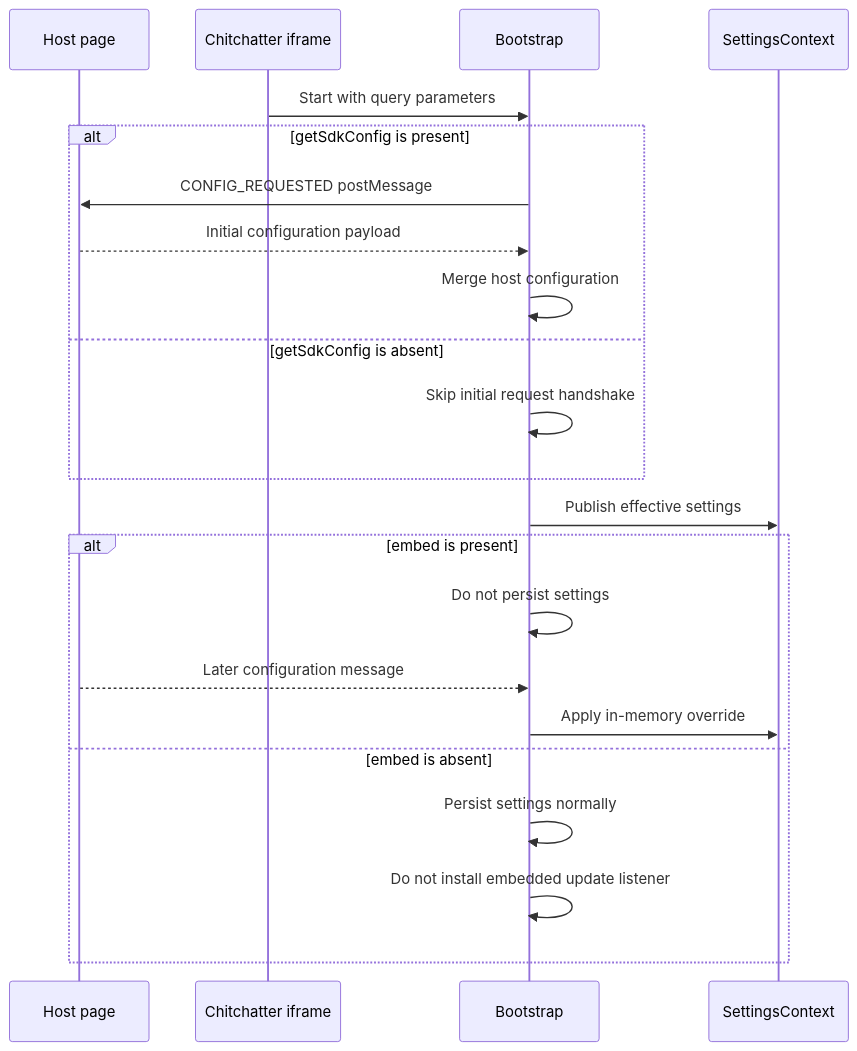
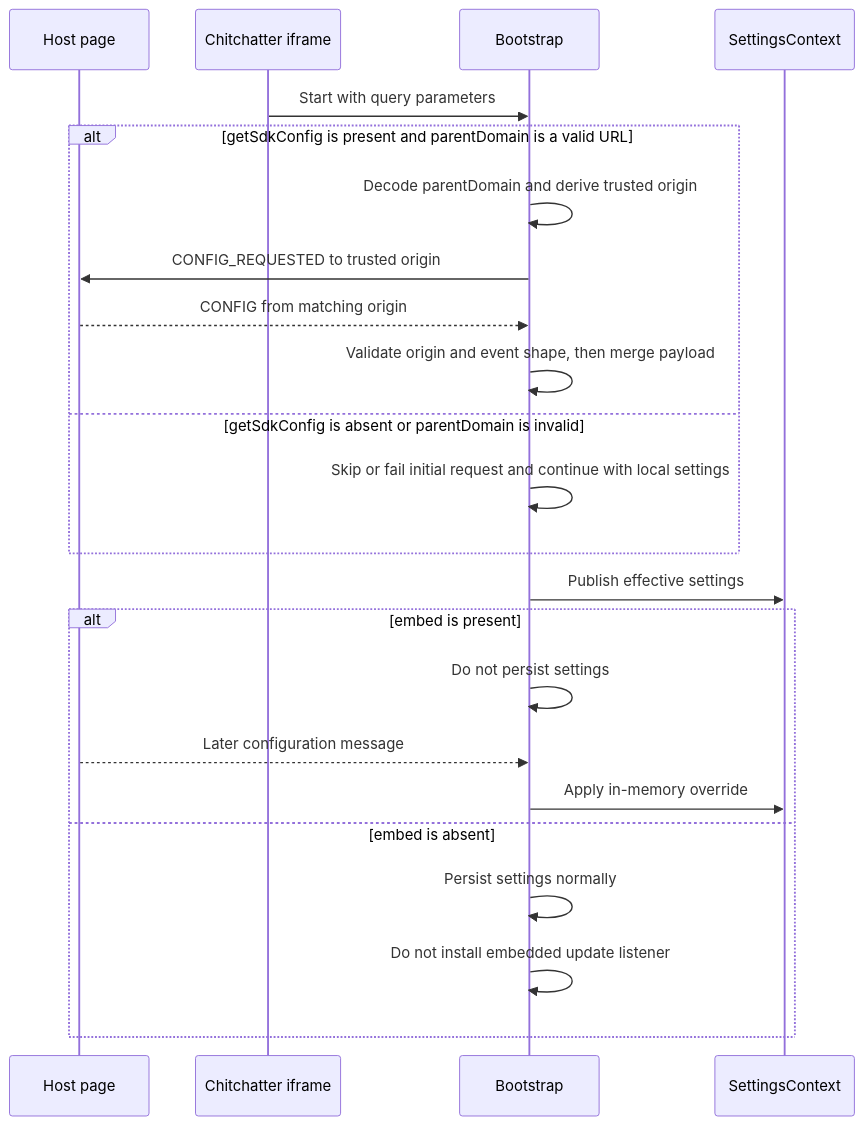
Before and after one commit to drunkod/chitchatter: the ninth of 9 diagrams in docs/architecture/codebase-runtime.md, drawn with Mermaid. The commit also changed other lines of this file and 1 other file, not shown here.

Commit message:
Clarify room fragment and SDK flows

````diff
--- a/docs/architecture/codebase-runtime.md
+++ b/docs/architecture/codebase-runtime.md
@@ -242,25 +254,26 @@
 ```mermaid
 sequenceDiagram
     participant Host as Host page
     participant Frame as Chitchatter iframe
     participant Bootstrap
     participant Settings as SettingsContext
 
     Frame->>Bootstrap: Start with query parameters
-    alt getSdkConfig is present
-        Bootstrap->>Host: CONFIG_REQUESTED postMessage
-        Host-->>Bootstrap: Initial configuration payload
-        Bootstrap->>Bootstrap: Merge host configuration
-    else getSdkConfig is absent
-        Bootstrap->>Bootstrap: Skip initial request handshake
+    alt getSdkConfig is present and parentDomain is a valid URL
+        Bootstrap->>Bootstrap: Decode parentDomain and derive trusted origin
+        Bootstrap->>Host: CONFIG_REQUESTED to trusted origin
+        Host-->>Bootstrap: CONFIG from matching origin
+        Bootstrap->>Bootstrap: Validate origin and event shape, then merge payload
+    else getSdkConfig is absent or parentDomain is invalid
+        Bootstrap->>Bootstrap: Skip or fail initial request and continue with local settings
     end
     Bootstrap->>Settings: Publish effective settings
     alt embed is present
         Bootstrap->>Bootstrap: Do not persist settings
         Host-->>Bootstrap: Later configuration message
         Bootstrap->>Settings: Apply in-memory override
     else embed is absent
         Bootstrap->>Bootstrap: Persist settings normally
         Bootstrap->>Bootstrap: Do not install embedded update listener
     end
 ```
````
